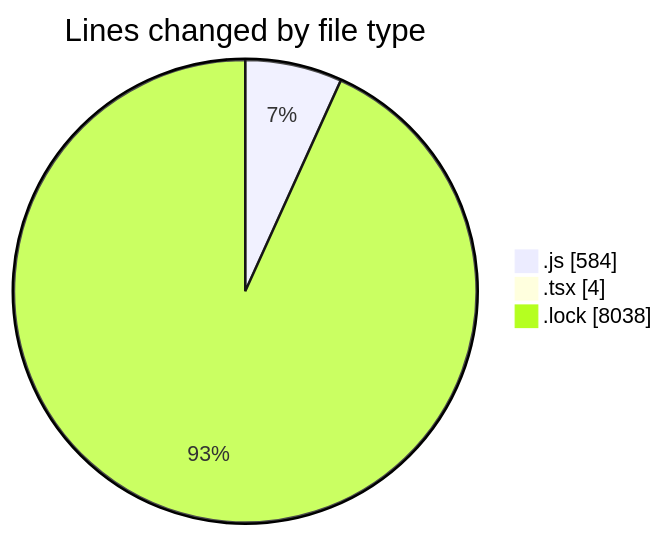
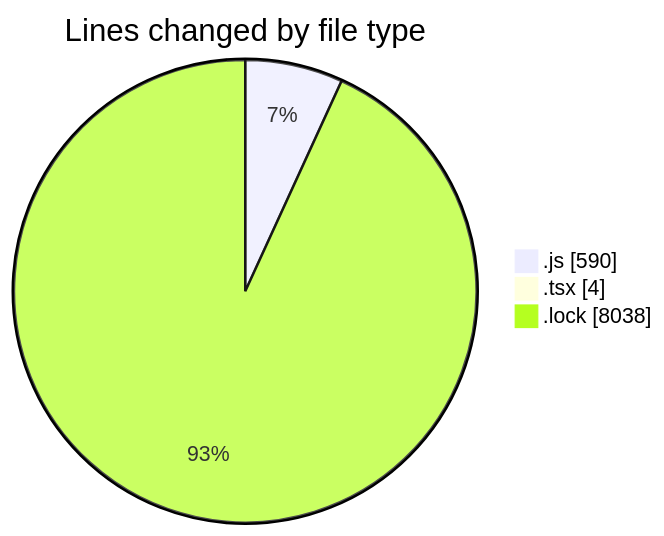
Before and after one commit to momahboobian/code-tracking: the first of 2 diagrams in 2025-03-11/cda/README.md, drawn with Mermaid. The commit also changed other lines of this file and 1 other file, not shown here.

````diff
--- a/2025-03-11/cda/README.md
+++ b/2025-03-11/cda/README.md
@@ -30,7 +30,7 @@
 ```mermaid
 pie showData
 title Lines changed by file type
-".js" : 584
+".js" : 590
 ".tsx" : 4
 ".lock" : 8038
 ```
````
